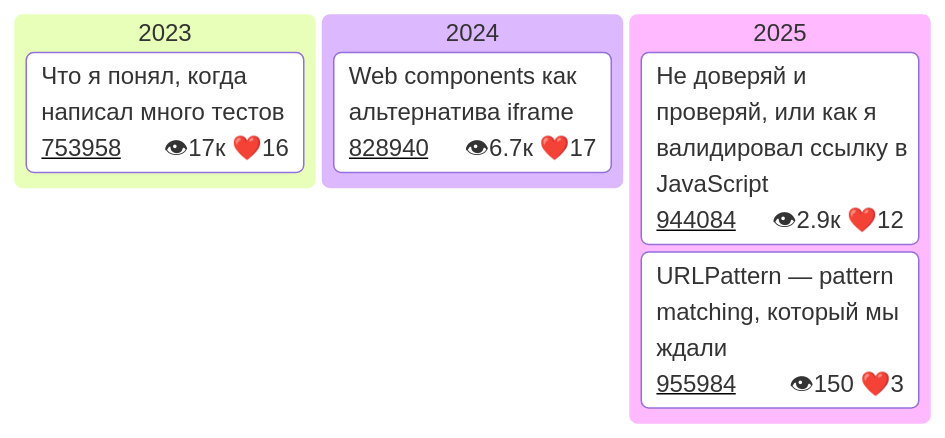
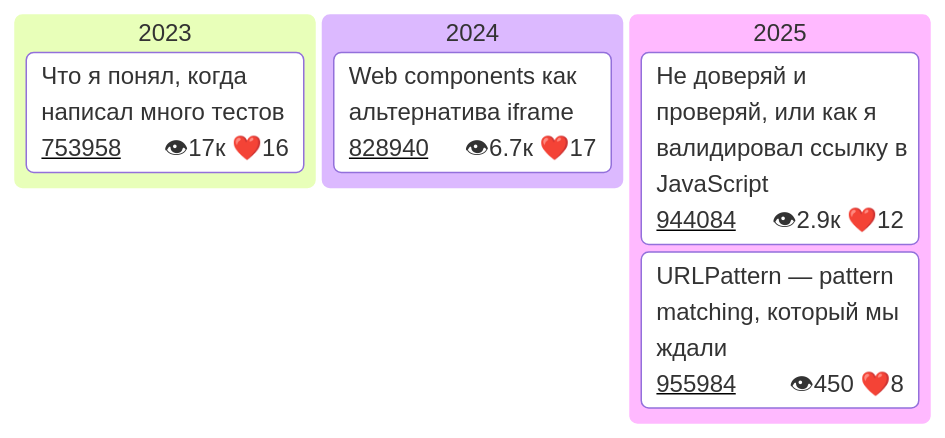
The fourth of 4 diagrams in README.md (Goodzonchik/Goodzonchik), drawn with Mermaid before and after one commit.

````diff
--- a/README.md
+++ b/README.md
@@ -50,28 +50,28 @@
 ```mermaid
 ---
 config:
   kanban:
     ticketBaseUrl: 'https://habr.com/ru/companies/tbank/articles/#TICKET#'
 
 ---
 kanban
   2023
     card1["Что я понял, когда написал много тестов"]@{
       ticket: 753958
       assigned: 👁17к ❤️16
     }
   2024
     card2["Web components как альтернатива iframe"]@{
       ticket: 828940
       assigned: 👁6.7к ❤️17
     }
   2025
     card3["Не доверяй и проверяй, или как я валидировал ссылку в JavaScript"]@{
       ticket: 944084
       assigned: 👁2.9к ❤️12
     }
    card4["URLPattern — pattern matching, который мы ждали"]@{
       ticket: 955984
-      assigned: 👁150 ❤️3
+      assigned: 👁450 ❤️8
     }
 ```
````
